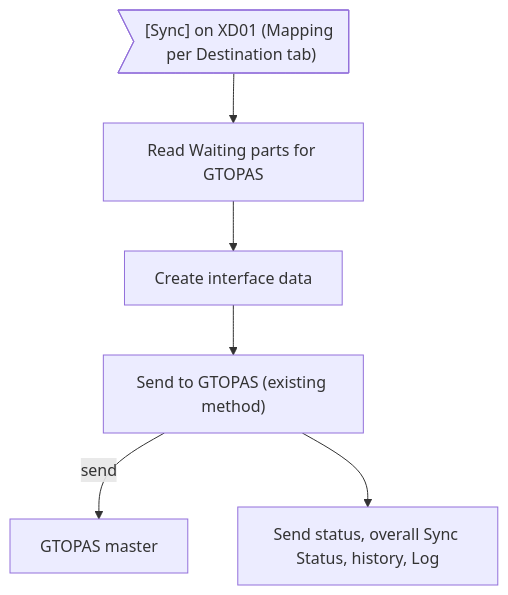
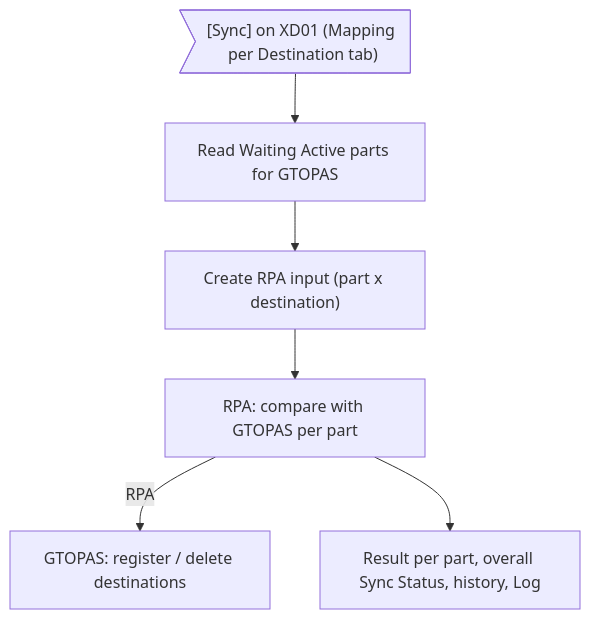
One commit to ivanrayhannn/crossdockpoc changed the first of 2 diagrams in prepare_code/uiss/XD06_Batch_IFCrossDockMasterToGTOPAS.md. Above: the diagram before and after it, drawn with Mermaid. The commit also changed other lines of this file and 15 other files, not shown here.

First line of the commit message:
XD06: cross dock master to GTOPAS by RPA, destination list only

````diff
--- a/prepare_code/uiss/XD06_Batch_IFCrossDockMasterToGTOPAS.md
+++ b/prepare_code/uiss/XD06_Batch_IFCrossDockMasterToGTOPAS.md
@@ -26,14 +26,14 @@
 ```mermaid
 flowchart TB
   a>"[Sync] on XD01 (Mapping per Destination tab)"]
-  b["Read Waiting parts for GTOPAS"]
-  c["Create interface data"]
-  e["Send to GTOPAS (existing method)"]
-  t["GTOPAS master"]
-  f["Send status, overall Sync Status, history, Log"]
+  b["Read Waiting Active parts for GTOPAS"]
+  c["Create RPA input (part x destination)"]
+  e["RPA: compare with GTOPAS per part"]
+  t["GTOPAS: register / delete destinations"]
+  f["Result per part, overall Sync Status, history, Log"]
   a --> b
   b --> c
   c --> e
-  e -->|send| t
+  e -->|RPA| t
   e --> f
 ```
````
